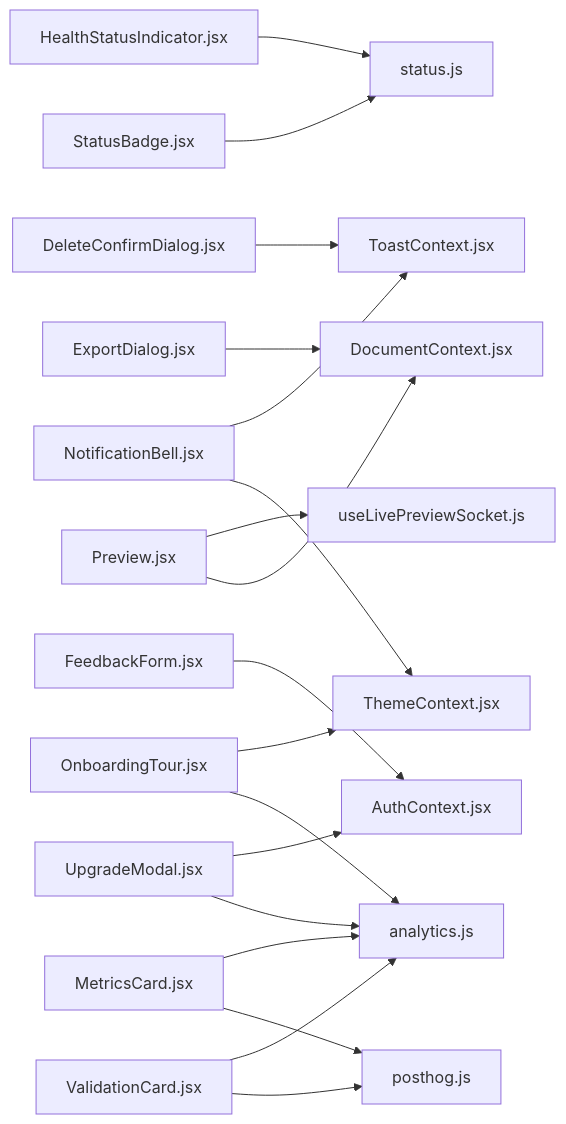
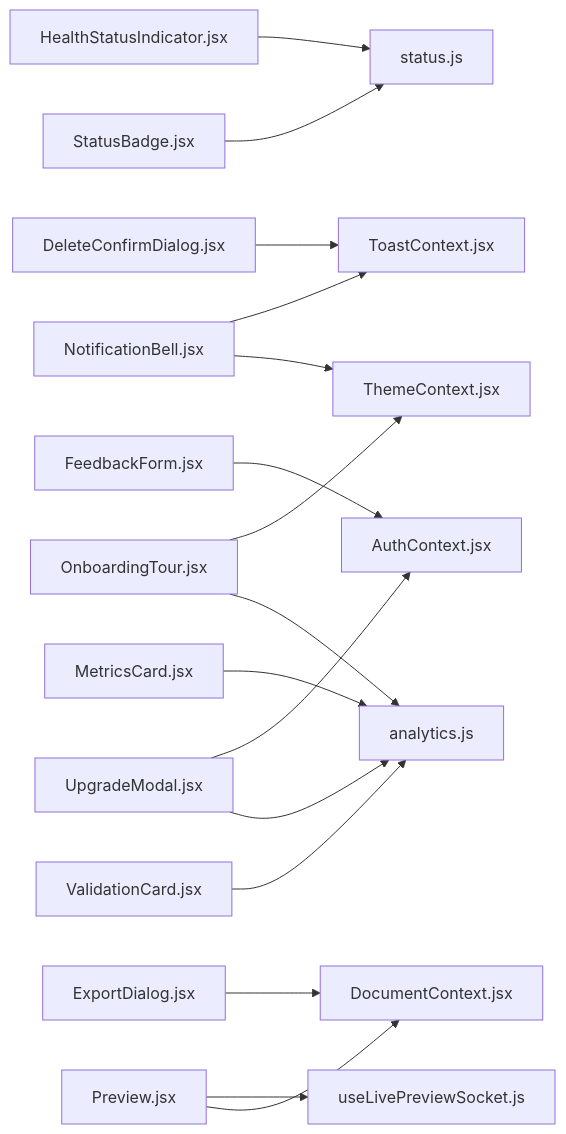
One commit to rohitkumarnaidu/ScholarFormAI changed diagram 15 of 15 in .docs/content/Frontend Development/Component Architecture/Utility Components.md. Above: the diagram before and after it, drawn with Mermaid. The commit also changed other lines of this file and 9 other files, not shown here.

````diff
--- a/.docs/content/Frontend Development/Component Architecture/Utility Components.md
+++ b/.docs/content/Frontend Development/Component Architecture/Utility Components.md
@@ -573,20 +563,20 @@
 ```mermaid
 graph LR
 DCD["DeleteConfirmDialog.jsx"] --> TCTX["ToastContext.jsx"]
 EXD["ExportDialog.jsx"] --> DOCX["DocumentContext.jsx"]
 FBF["FeedbackForm.jsx"] --> AUTH["AuthContext.jsx"]
 HSI["HealthStatusIndicator.jsx"] --> STAT["status.js"]
 MET["MetricsCard.jsx"] --> ANA["analytics.js"]
-MET --> PH["posthog.js"]
+
 NFB["NotificationBell.jsx"] --> TCTX
 NFB --> THEME["ThemeContext.jsx"]
 OT["OnboardingTour.jsx"] --> THEME
 OT --> ANA
 PRE["Preview.jsx"] --> LPS["useLivePreviewSocket.js"]
 PRE --> DOCX
 SBA["StatusBadge.jsx"] --> STAT
 VAL["ValidationCard.jsx"] --> ANA
-VAL --> PH
+
 UPM["UpgradeModal.jsx"] --> AUTH
 UPM --> ANA
 ```
````
